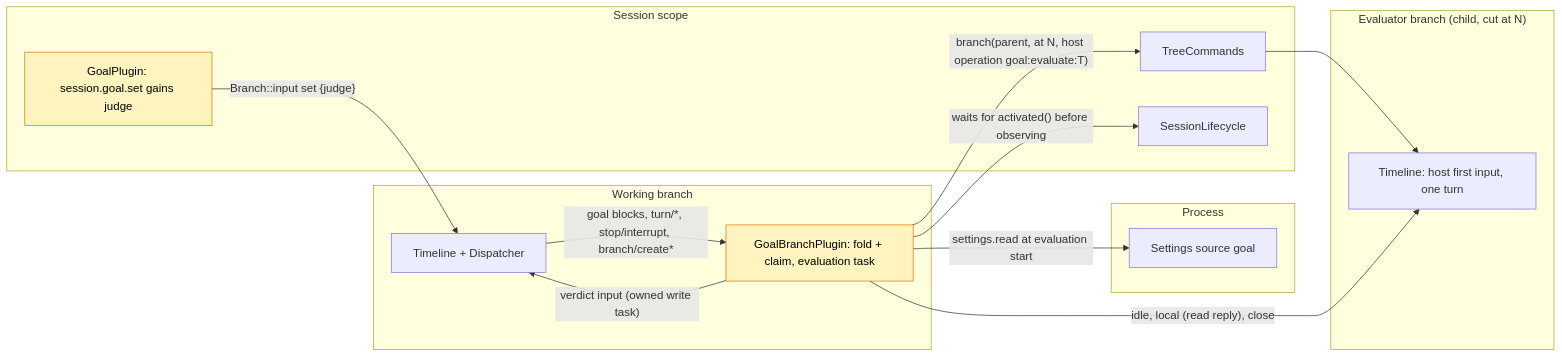
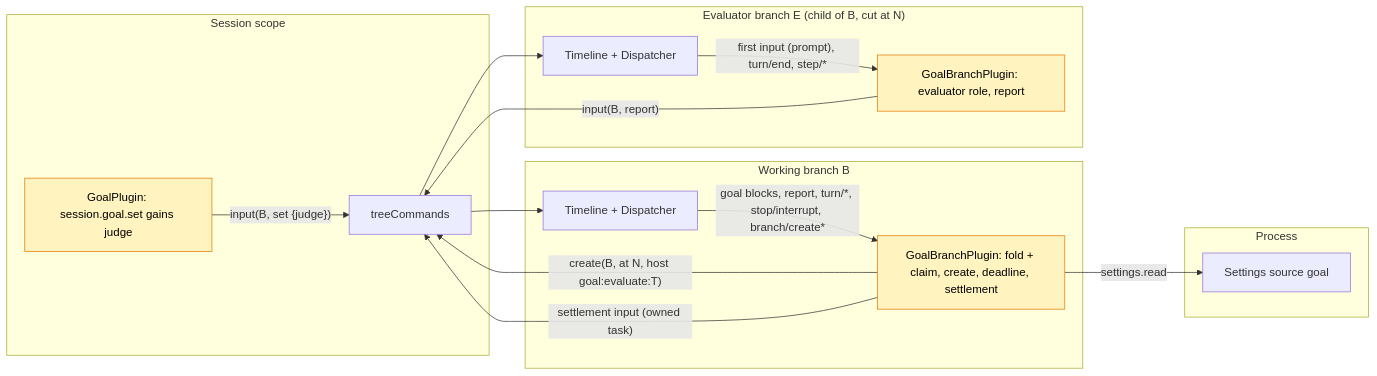
Before and after one commit to CoutinhoTTS/dim-agent: the diagram in docs/design/plugins/Pursuit.md, drawn with Mermaid. The commit also changed other lines of this file and 1 other file, not shown here.

First line of the commit message:
docs(pursuit): bring the evaluator judge to a Ready candidate on the TypeScript Goal

````diff
--- a/docs/design/plugins/Pursuit.md
+++ b/docs/design/plugins/Pursuit.md
@@ -50,27 +53,28 @@
 ```mermaid
 flowchart LR
   subgraph PROC["Process"]
     Settings["Settings source goal"]
   end
   subgraph SESS["Session scope"]
     GS["GoalPlugin: session.goal.set gains judge"]:::changed
-    TC["TreeCommands"]
-    SL["SessionLifecycle"]
+    TC["treeCommands"]
   end
-  subgraph BR["Working branch"]
-    GB["GoalBranchPlugin: fold + claim, evaluation task"]:::changed
+  subgraph BR["Working branch B"]
+    GB["GoalBranchPlugin: fold + claim, create, deadline, settlement"]:::changed
     TL["Timeline + Dispatcher"]
   end
-  subgraph EV["Evaluator branch (child, cut at N)"]
-    ETL["Timeline: host first input, one turn"]
+  subgraph EV["Evaluator branch E (child of B, cut at N)"]
+    GE["GoalBranchPlugin: evaluator role, report"]:::changed
+    ETL["Timeline + Dispatcher"]
   end
-  GS -- "Branch::input set {judge}" --> TL
-  TL -- "goal blocks, turn/*, stop/interrupt, branch/create*" --> GB
-  GB -- "branch(parent, at N, host operation goal:evaluate:T)" --> TC
+  GS -- "input(B, set {judge})" --> TC
+  TC --> TL
+  TL -- "goal blocks, report, turn/*, stop/interrupt, branch/create*" --> GB
+  GB -- "create(B, at N, host goal:evaluate:T)" --> TC
   TC --> ETL
-  GB -- "idle, local (read reply), close" --> ETL
-  GB -- "verdict input (owned write task)" --> TL
-  GB -- "settings.read at evaluation start" --> Settings
-  GB -- "waits for activated() before observing" --> SL
+  ETL -- "first input (prompt), turn/end, step/*" --> GE
+  GE -- "input(B, report)" --> TC
+  GB -- "settlement input (owned task)" --> TC
+  GB -- "settings.read" --> Settings
   classDef changed fill:#fff3bf,stroke:#e67700,color:#000
 ```
````
